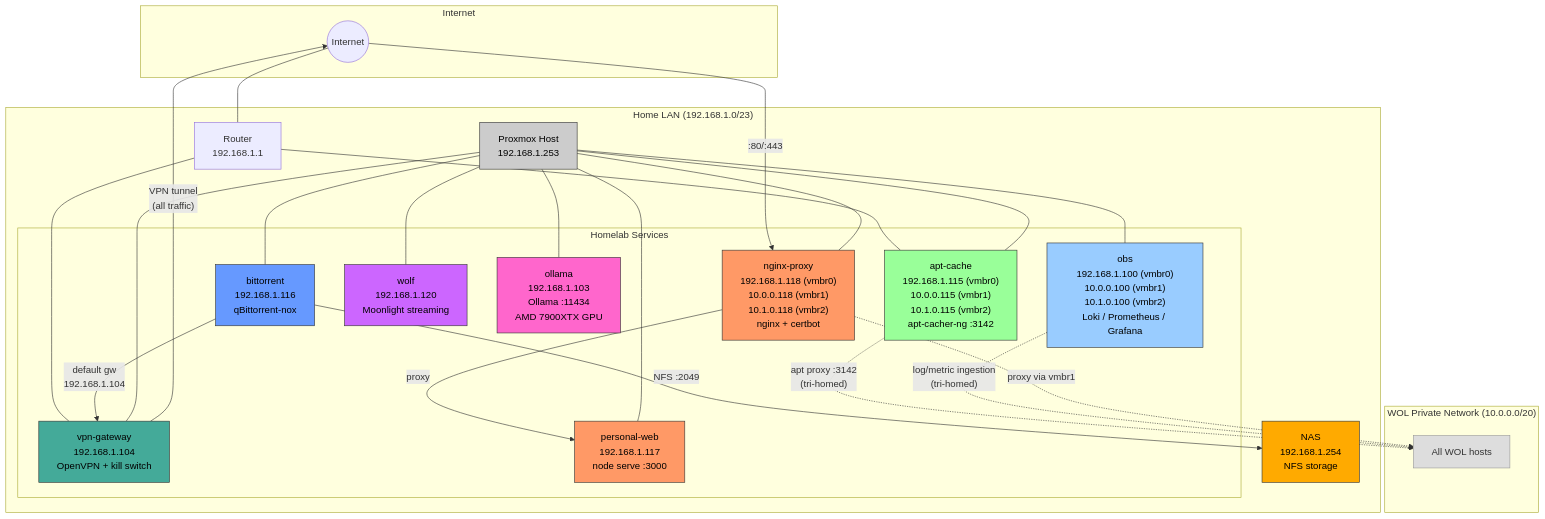
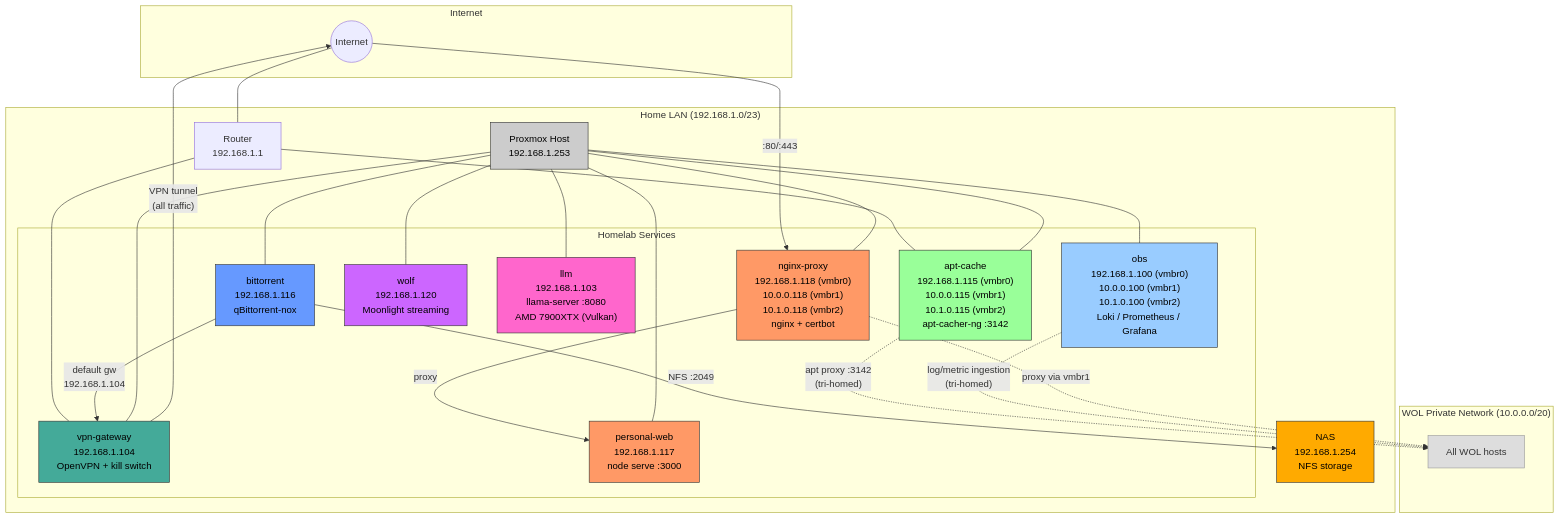
The first of 2 diagrams in homelab/diagrams.md (JBailes/infrastructure), drawn with Mermaid before and after one commit. The commit also changed other lines of this file and 3 other files, not shown here.

First line of the commit message:
Migrate CT 103 from Ollama to llama.cpp Vulkan

````diff
--- a/homelab/diagrams.md
+++ b/homelab/diagrams.md
@@ -9,60 +9,60 @@
 ```mermaid
 graph TB
     subgraph Internet
         INET((Internet))
     end
 
     subgraph LAN["Home LAN (192.168.1.0/23)"]
         ROUTER["Router<br/>192.168.1.1"]
 
         subgraph HOMELAB["Homelab Services"]
             APTCACHE["apt-cache<br/>192.168.1.115 (vmbr0)<br/>10.0.0.115 (vmbr1)<br/>10.1.0.115 (vmbr2)<br/>apt-cacher-ng :3142"]
             OBS["obs<br/>192.168.1.100 (vmbr0)<br/>10.0.0.100 (vmbr1)<br/>10.1.0.100 (vmbr2)<br/>Loki / Prometheus / Grafana"]
             VPN["vpn-gateway<br/>192.168.1.104<br/>OpenVPN + kill switch"]
             BT["bittorrent<br/>192.168.1.116<br/>qBittorrent-nox"]
             NGINX["nginx-proxy<br/>192.168.1.118 (vmbr0)<br/>10.0.0.118 (vmbr1)<br/>10.1.0.118 (vmbr2)<br/>nginx + certbot"]
             PWEB["personal-web<br/>192.168.1.117<br/>node serve :3000"]
             WOLF["wolf<br/>192.168.1.120<br/>Moonlight streaming"]
-            OLLAMA["ollama<br/>192.168.1.103<br/>Ollama :11434<br/>AMD 7900XTX GPU"]
+            LLM["llm<br/>192.168.1.103<br/>llama-server :8080<br/>AMD 7900XTX (Vulkan)"]
         end
 
         NAS["NAS<br/>192.168.1.254<br/>NFS storage"]
         PVE["Proxmox Host<br/>192.168.1.253"]
     end
 
     subgraph WOL["WOL Private Network (10.0.0.0/20)"]
         WOLHOSTS["All WOL hosts"]
     end
 
     INET --- ROUTER
     ROUTER --- VPN
     ROUTER --- APTCACHE
     VPN -->|"VPN tunnel<br/>(all traffic)"| INET
     BT -->|"default gw<br/>192.168.1.104"| VPN
     BT -->|"NFS :2049"| NAS
     APTCACHE -.->|"apt proxy :3142<br/>(tri-homed)"| WOLHOSTS
     OBS -.->|"log/metric ingestion<br/>(tri-homed)"| WOLHOSTS
     INET -->|":80/:443"| NGINX
     NGINX -->|"proxy"| PWEB
     NGINX -.->|"proxy via vmbr1"| WOLHOSTS
     PVE --- VPN
     PVE --- BT
     PVE --- APTCACHE
     PVE --- OBS
     PVE --- NGINX
     PVE --- PWEB
     PVE --- WOLF
-    PVE --- OLLAMA
+    PVE --- LLM
 
     style APTCACHE fill:#9f9,stroke:#333,color:#000
     style OBS fill:#9cf,stroke:#333,color:#000
     style VPN fill:#4a9,stroke:#333,color:#000
     style BT fill:#69f,stroke:#333,color:#000
     style NGINX fill:#f96,stroke:#333,color:#000
     style PWEB fill:#f96,stroke:#333,color:#000
     style NAS fill:#fa0,stroke:#333,color:#000
     style PVE fill:#ccc,stroke:#333,color:#000
     style WOLHOSTS fill:#ddd,stroke:#999,color:#333
     style WOLF fill:#c6f,stroke:#333,color:#000
-    style OLLAMA fill:#f6c,stroke:#333,color:#000
+    style LLM fill:#f6c,stroke:#333,color:#000
 ```
````
